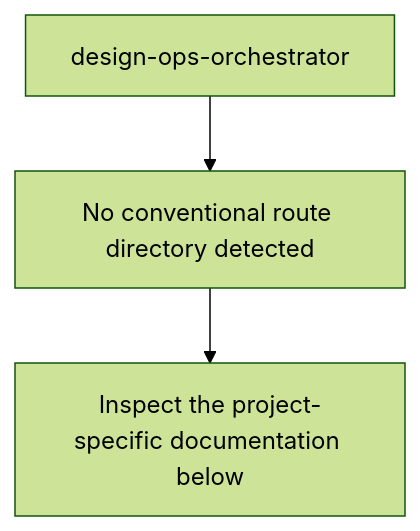
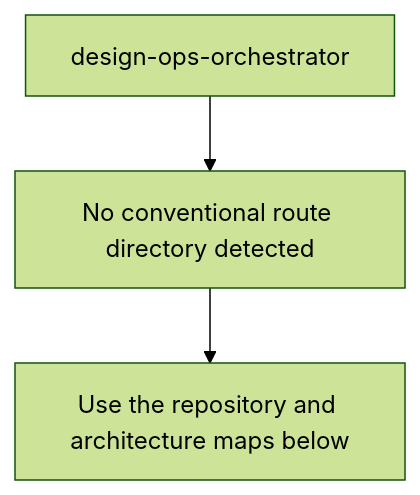
The second of 5 diagrams in README.md (Nischhalsubba/design-ops-orchestrator), drawn with Mermaid (forest theme) before and after one commit. The commit also changed other lines of this file, not shown here.

````diff
--- a/README.md
+++ b/README.md
@@ -46,6 +84,6 @@
 ```mermaid
 flowchart TD
     APP["design-ops-orchestrator"]
     APP --> SOURCE["No conventional route directory detected"]
-    SOURCE --> VERIFY["Inspect the project-specific documentation below"]
+    SOURCE --> GUIDE["Use the repository and architecture maps below"]
 ```
````
